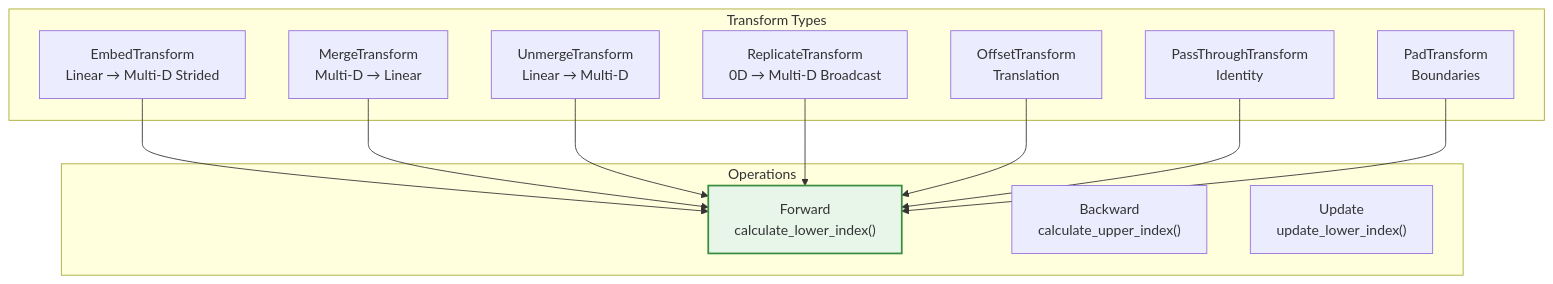
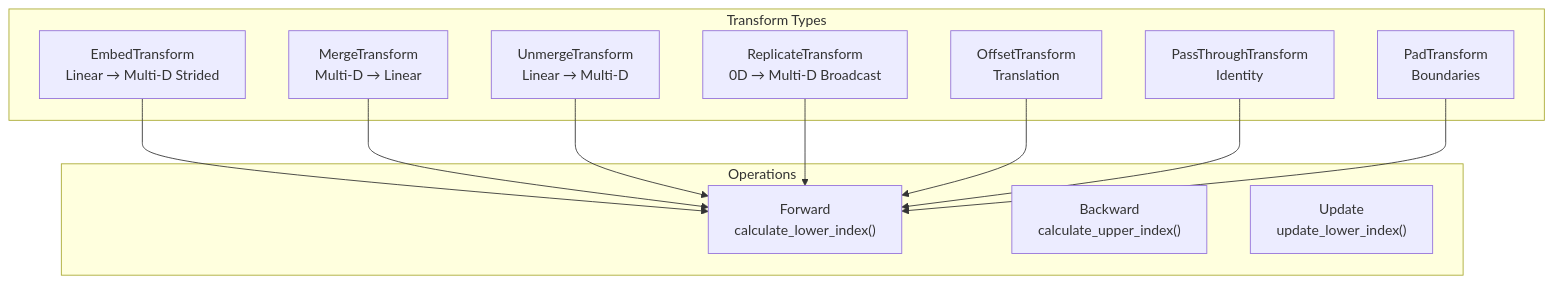
The second of 12 diagrams in projects/composablekernel/docs/conceptual/ck_tile/transforms.rst (hdt98/rocm-libraries), drawn with Mermaid before and after one commit. The commit also changed other lines of this file and 21 other files, not shown here.

First line of the commit message:
[ck] Updated CK Tile documentation to use mermaid diagrams (#7955)

```diff
--- a/projects/composablekernel/docs/conceptual/ck_tile/transforms.rst
+++ b/projects/composablekernel/docs/conceptual/ck_tile/transforms.rst
@@ -80,29 +62,27 @@
-      .. mermaid::
-      
-         graph TB
-             
-             subgraph "Transform Types"
-                 EMB["EmbedTransform<br/>Linear → Multi-D Strided"]
-                 UNM["MergeTransform<br/>Multi-D → Linear"]
-                 MRG["UnmergeTransform<br/>Linear → Multi-D"]
-                 REP["ReplicateTransform<br/>0D → Multi-D Broadcast"]
-                 OFF["OffsetTransform<br/>Translation"]
-                 PAS["PassThroughTransform<br/>Identity"]
-                 PAD["PadTransform<br/>Boundaries"]
-             end
-             
-             subgraph "Operations"
-                 FWD["Forward<br/>calculate_lower_index()"]
-                 BWD["Backward<br/>calculate_upper_index()"]
-                 UPD["Update<br/>update_lower_index()"]
-             end
-             
-             EMB --> FWD
-             UNM --> FWD
-             MRG --> FWD
-             REP --> FWD
-             OFF --> FWD
-             PAS --> FWD
-             PAD --> FWD
-             
-             style FWD fill:#e8f5e9,stroke:#388e3c,stroke-width:2px
+.. mermaid::
+
+   graph TB
+
+       subgraph "Transform Types"
+           EMB["EmbedTransform<br/>Linear → Multi-D Strided"]
+           UNM["MergeTransform<br/>Multi-D → Linear"]
+           MRG["UnmergeTransform<br/>Linear → Multi-D"]
+           REP["ReplicateTransform<br/>0D → Multi-D Broadcast"]
+           OFF["OffsetTransform<br/>Translation"]
+           PAS["PassThroughTransform<br/>Identity"]
+           PAD["PadTransform<br/>Boundaries"]
+       end
+
+       subgraph "Operations"
+           FWD["Forward<br/>calculate_lower_index()"]
+           BWD["Backward<br/>calculate_upper_index()"]
+           UPD["Update<br/>update_lower_index()"]
+       end
+
+       EMB --> FWD
+       UNM --> FWD
+       MRG --> FWD
+       REP --> FWD
+       OFF --> FWD
+       PAS --> FWD
+       PAD --> FWD
```
